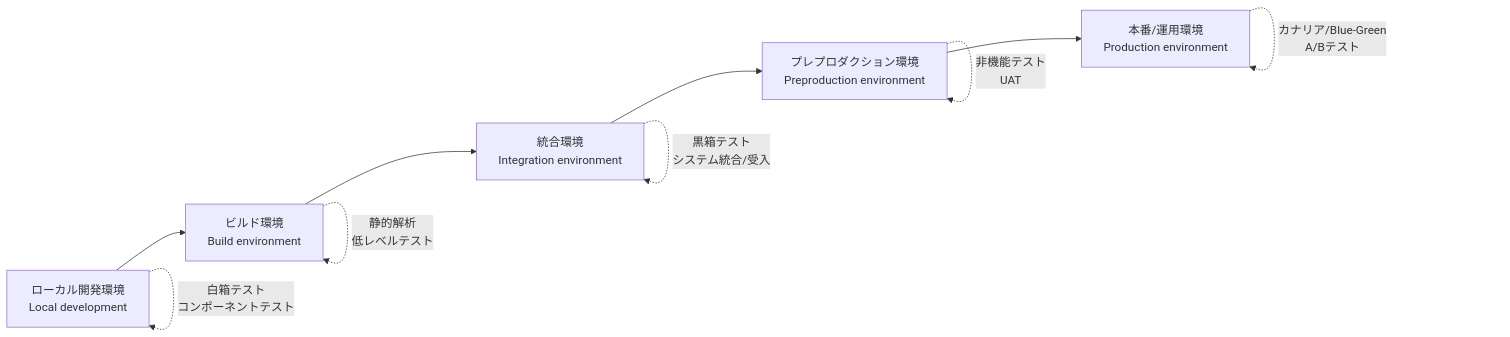
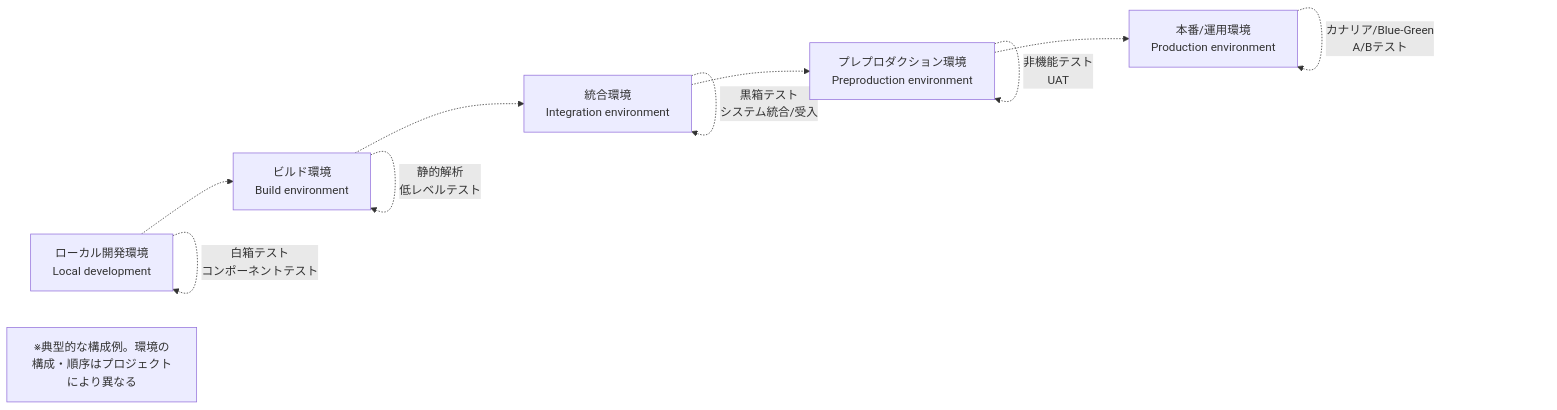
Before and after one commit to myoshi2891/Quality-Assurance-Studies: the third of 6 diagrams in Ctal-tae-v2.0-ch2.md, drawn with Mermaid. The commit also changed other lines of this file, not shown here.

Commit message:
docs(ctal-tae): clarify environment pipeline examples and flexibility in chapter 2

````diff
--- a/Ctal-tae-v2.0-ch2.md
+++ b/Ctal-tae-v2.0-ch2.md
@@ -99,13 +99,14 @@
 ```mermaid
 flowchart LR
-    A[ローカル開発環境<br>Local development] --> B[ビルド環境<br>Build environment]
-    B --> C[統合環境<br>Integration environment]
-    C --> D[プレプロダクション環境<br>Preproduction environment]
-    D --> E[本番/運用環境<br>Production environment]
+    A[ローカル開発環境<br>Local development] -.-> B[ビルド環境<br>Build environment]
+    B -.-> C[統合環境<br>Integration environment]
+    C -.-> D[プレプロダクション環境<br>Preproduction environment]
+    D -.-> E[本番/運用環境<br>Production environment]
+    Note[※典型的な構成例。環境の構成・順序はプロジェクトにより異なる]
 
     A -.->|白箱テスト<br>コンポーネントテスト| A
     B -.->|静的解析<br>低レベルテスト| B
     C -.->|黒箱テスト<br>システム統合/受入| C
     D -.->|非機能テスト<br>UAT| D
     E -.->|カナリア/Blue-Green<br>A/Bテスト| E
 ```
````
